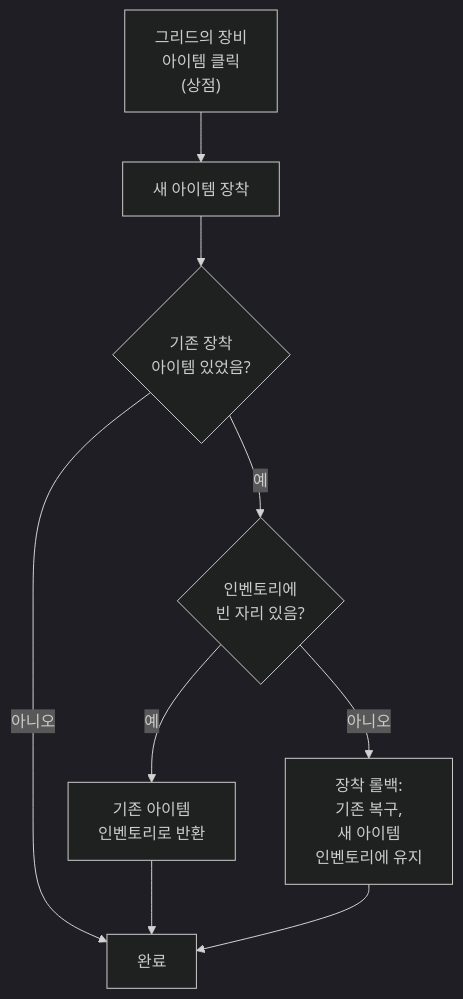
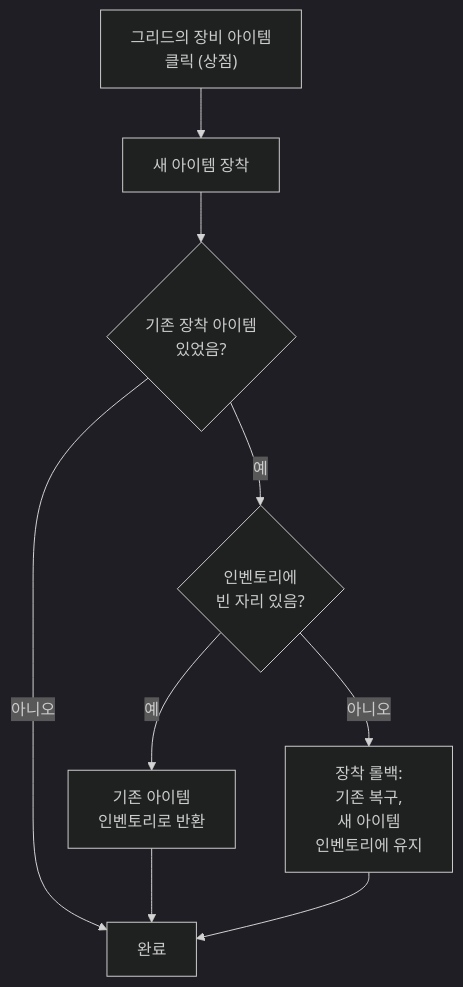
The seventh of 9 diagrams in README.md (gesua/PanzerCity_scripts), drawn with Mermaid (dark theme) before and after one commit. The commit also changed other lines of this file, not shown here.

````diff
--- a/README.md
+++ b/README.md
@@ -475,9 +475,9 @@
 ```mermaid
 flowchart TD
-    A["그리드의 장비<br>아이템 클릭<br>(상점)"] --> B["새 아이템 장착"]
-    B --> C{"기존 장착<br>아이템 있었음?"}
+    A["그리드의 장비 아이템<br> 클릭 (상점)"] --> B["새 아이템 장착"]
+    B --> C{"기존 장착 아이템<br> 있었음?"}
     C -- 아니오 --> G[완료]
     C -- 예 --> D{"인벤토리에<br>빈 자리 있음?"}
     D -- 예 --> E["기존 아이템<br>인벤토리로 반환"] --> G
     D -- 아니오 --> F["장착 롤백:<br>기존 복구,<br>새 아이템<br>인벤토리에 유지"] --> G
 ```
````
